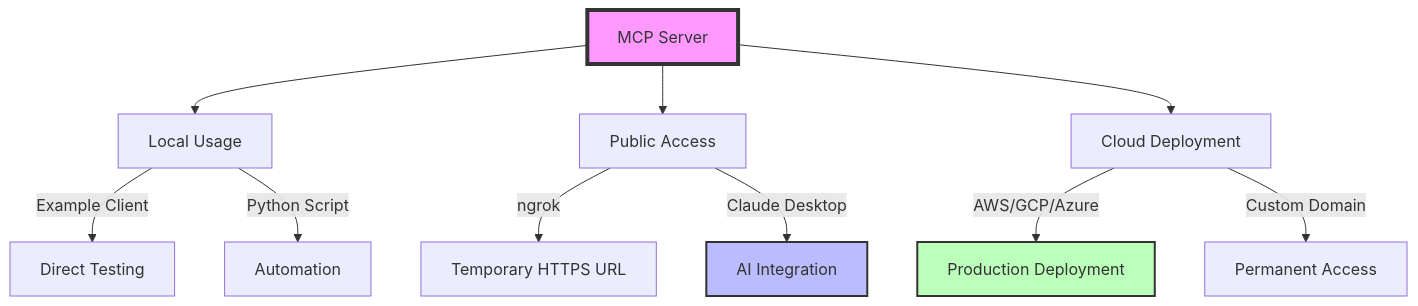
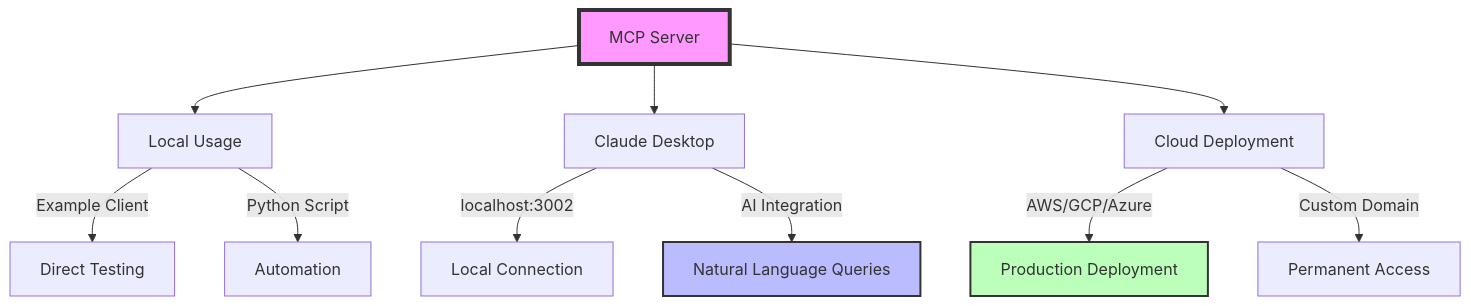
One commit to WebDev70/USASpending_MCP_Server changed the fourth of 6 diagrams in README.md. Above: the diagram before and after it, drawn with Mermaid. The commit also changed other lines of this file and 3 other files, not shown here.

````diff
--- a/README.md
+++ b/README.md
@@ -1312,19 +1312,19 @@
 ```mermaid
 graph TD
     A[MCP Server] --> B[Local Usage]
-    A --> C[Public Access]
+    A --> C[Claude Desktop]
     A --> D[Cloud Deployment]
     
     B -->|Example Client| B1[Direct Testing]
     B -->|Python Script| B2[Automation]
     
-    C -->|ngrok| C1[Temporary HTTPS URL]
-    C -->|Claude Desktop| C2[AI Integration]
+    C -->|localhost:3002| C1[Local Connection]
+    C -->|AI Integration| C2[Natural Language Queries]
     
     D -->|AWS/GCP/Azure| D1[Production Deployment]
     D -->|Custom Domain| D2[Permanent Access]
     
     style A fill:#f9f,stroke:#333,stroke-width:4px
     style C2 fill:#bbf,stroke:#333,stroke-width:2px
     style D1 fill:#bfb,stroke:#333,stroke-width:2px
 ```
````
